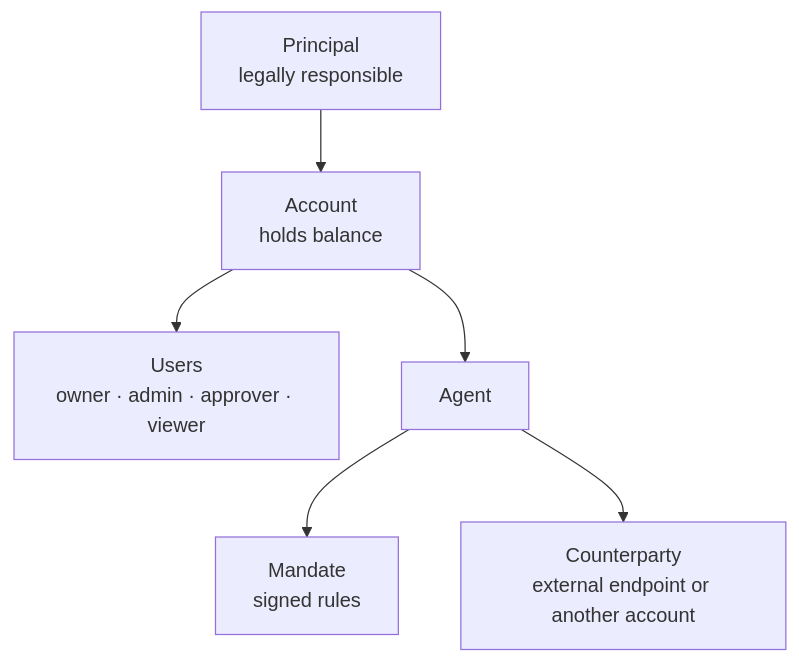
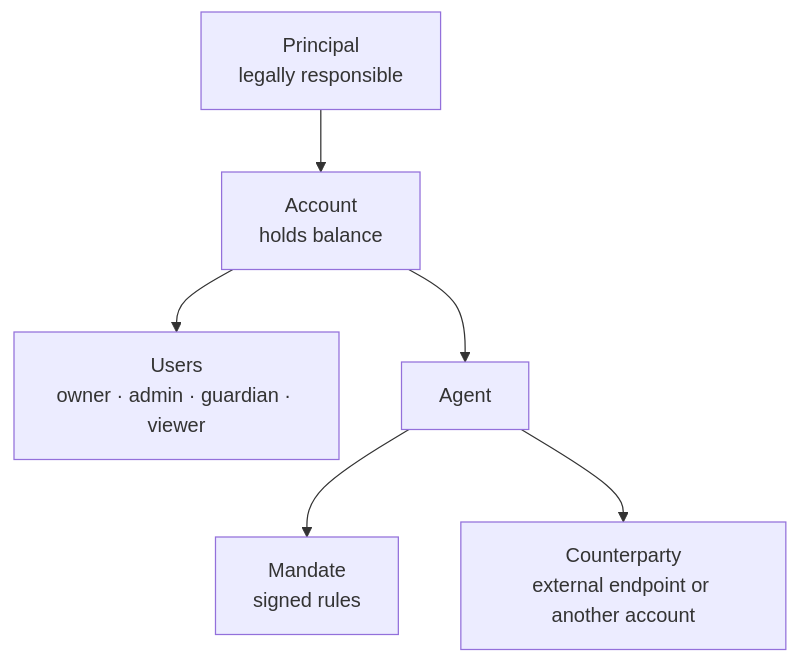
The fourth of 5 diagrams in docs/cleargate-finance-whitepaper.md (CleargateFinance/cleargate-core), drawn with Mermaid before and after one commit. The commit also changed other lines of this file and 3 other files, not shown here.

````diff
--- a/docs/cleargate-finance-whitepaper.md
+++ b/docs/cleargate-finance-whitepaper.md
@@ -502,8 +506,8 @@
 ```mermaid
 flowchart TB
     PR["Principal<br/>legally responsible"] --> ACC["Account<br/>holds balance"]
-    ACC --> U["Users<br/>owner · admin · approver · viewer"]
+    ACC --> U["Users<br/>owner · admin · guardian · viewer"]
     ACC --> AG["Agent"]
     AG --> M["Mandate<br/>signed rules"]
     AG --> CP["Counterparty<br/>external endpoint or another account"]
 ```
````
